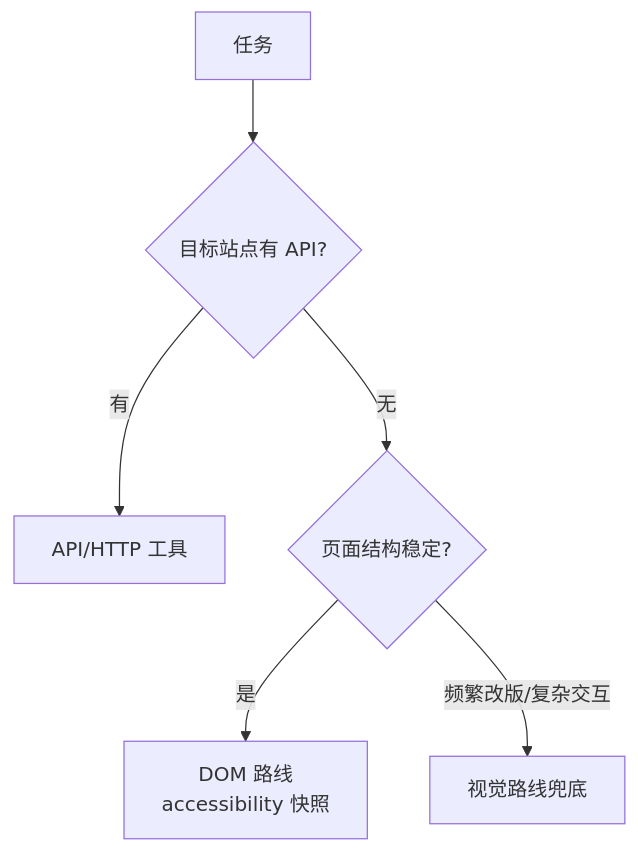
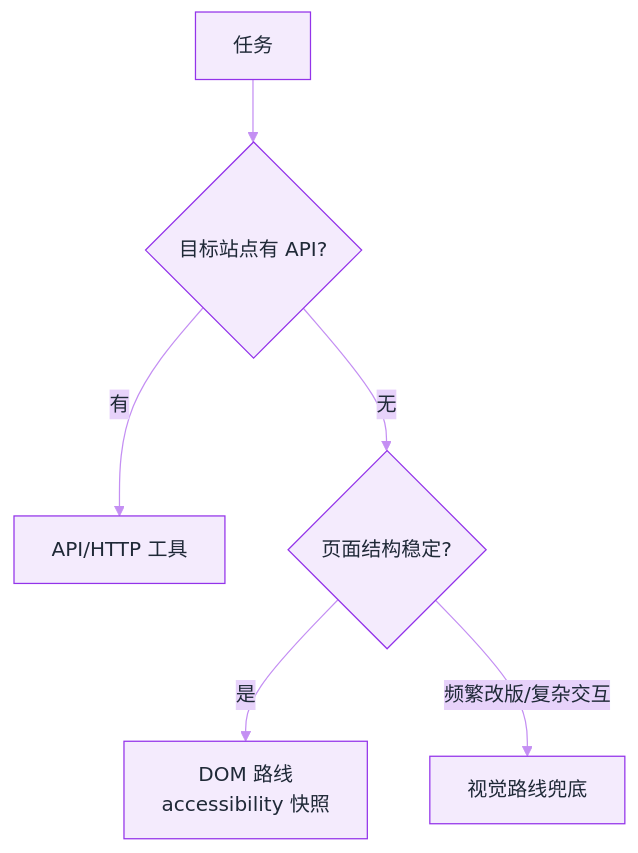
The diagram in docs/12-applications/browser-automation.md (funny8kids/ai-agent-handbook), drawn with Mermaid before and after one commit. The commit also changed 144 other files, not shown here.

First line of the commit message:
Theme all 154 Mermaid diagrams with per-chapter colors via %%{init}%% directives

````diff
--- a/docs/12-applications/browser-automation.md
+++ b/docs/12-applications/browser-automation.md
@@ -63,8 +63,9 @@
 ```mermaid
+%%{init: {"theme":"base","themeVariables":{"primaryColor":"#F4EBFD","primaryBorderColor":"#9333EA","primaryTextColor":"#1F2937","secondaryColor":"#E7D2FA","tertiaryColor":"#FBF7FE","lineColor":"#C48FF3","actorBkg":"#F6EFFD","actorBorder":"#9333EA","actorTextColor":"#1F2937","signalColor":"#B370F0","noteBkgColor":"#ECDAFB","noteBorderColor":"#9333EA","noteTextColor":"#1F2937","labelBoxBkgColor":"#F4EBFD","labelBoxBorderColor":"#9333EA"}}}%%
 flowchart TD
   A[任务] --> B{目标站点有 API?}
   B -- 有 --> C[API/HTTP 工具]
   B -- 无 --> D{页面结构稳定?}
   D -- 是 --> E[DOM 路线<br/>accessibility 快照]
   D -- 频繁改版/复杂交互 --> F[视觉路线兜底]
 ```
````
